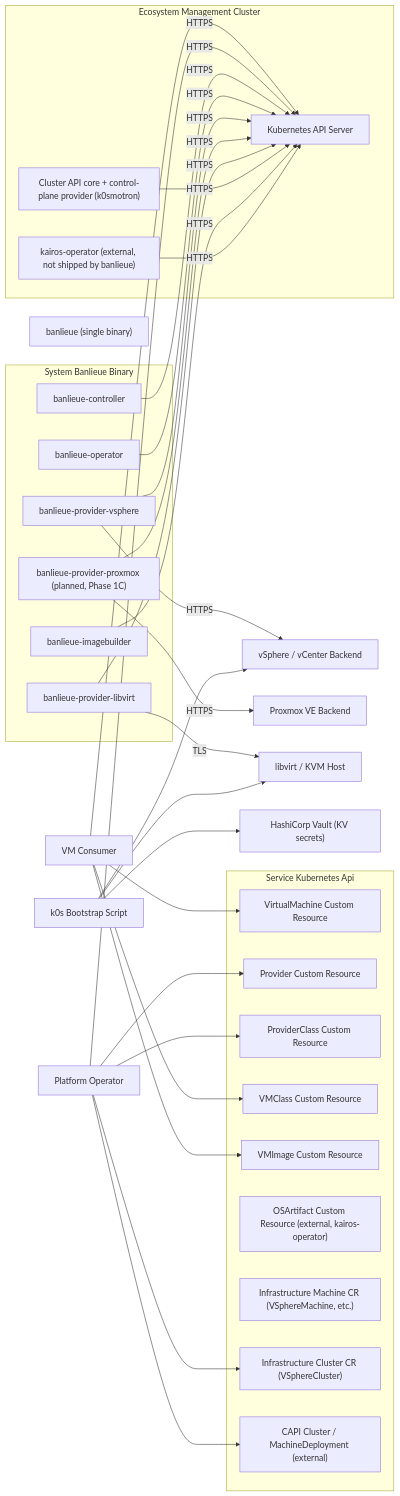
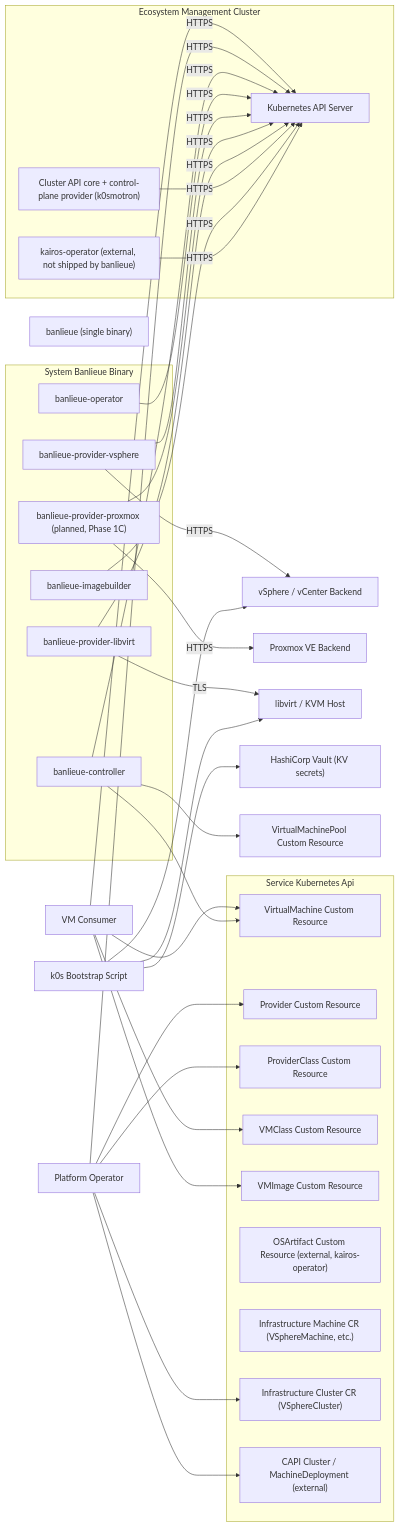
The diagram in docs/src/architecture/system.md (firestoned/banlieue), drawn with Mermaid before and after one commit. The commit also changed 127 other files, not shown here.

Commit message:
feat(libvirt): LibvirtMachine contract — CRD, domain procedures, XML builder (ADR-0050); reconcile roadmaps with the tree (#46)

````diff
--- a/docs/src/architecture/system.md
+++ b/docs/src/architecture/system.md
@@ -37,6 +37,7 @@
     network-libvirt-backend["libvirt / KVM Host"]
     network-vault-backend["HashiCorp Vault (KV secrets)"]
     data-asset-virtualmachine-cr["VirtualMachine Custom Resource"]
+    data-asset-virtualmachinepool-cr["VirtualMachinePool Custom Resource"]
     data-asset-provider-cr["Provider Custom Resource"]
     data-asset-providerclass-cr["ProviderClass Custom Resource"]
     data-asset-vmclass-cr["VMClass Custom Resource"]
@@ -100,4 +101,6 @@
     system-k0s-bootstrap --> network-vsphere-backend
     system-k0s-bootstrap --> network-libvirt-backend
     system-k0s-bootstrap --> network-vault-backend
+    service-banlieue-controller --> data-asset-virtualmachinepool-cr
+    service-banlieue-controller --> data-asset-virtualmachine-cr
 ```
````
